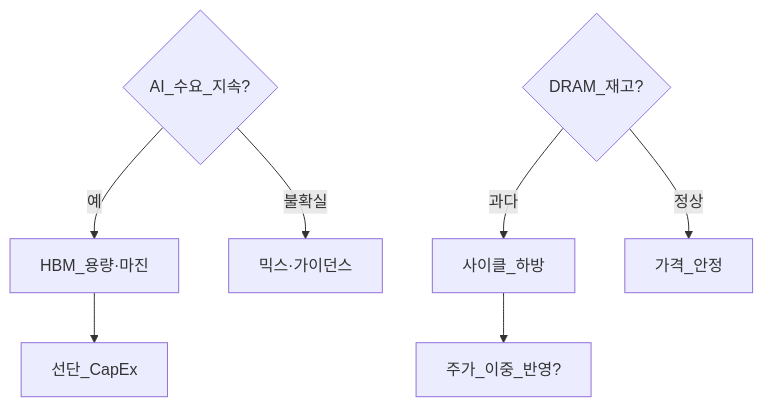
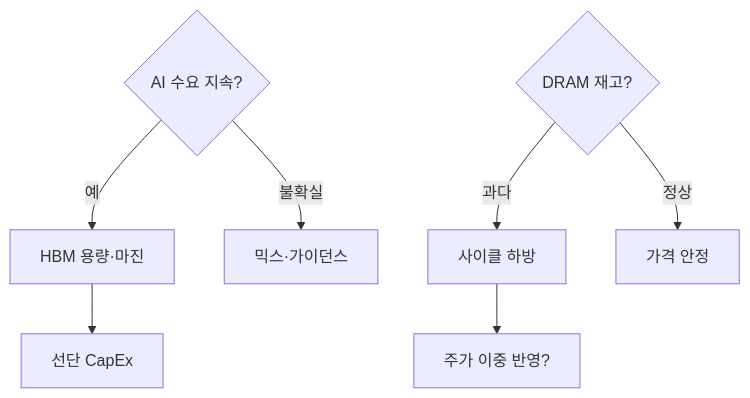
Before and after one commit to goldanghenry/Finances: the third of 3 diagrams in 02-economics/micro-05-sector-applications.md, drawn with Mermaid. The commit also changed other lines of this file and 211 other files, not shown here.

````diff
--- a/02-economics/micro-05-sector-applications.md
+++ b/02-economics/micro-05-sector-applications.md
@@ -487,9 +537,9 @@
 ```mermaid
 flowchart TD
-  Q1{AI_수요_지속?} -->|예| HBM[HBM_용량·마진]
+  Q1{"AI 수요 지속?"} -->|예| HBM["HBM 용량·마진"]
   Q1 -->|불확실| Mix[믹스·가이던스]
-  Q2{DRAM_재고?} -->|과다| Cycle[사이클_하방]
-  Q2 -->|정상| Stable[가격_안정]
-  HBM --> Cap[선단_CapEx]
-  Cycle --> Eq[주가_이중_반영?]
+  Q2{"DRAM 재고?"} -->|과다| Cycle["사이클 하방"]
+  Q2 -->|정상| Stable["가격 안정"]
+  HBM --> Cap["선단 CapEx"]
+  Cycle --> Eq["주가 이중 반영?"]
 ```
````
